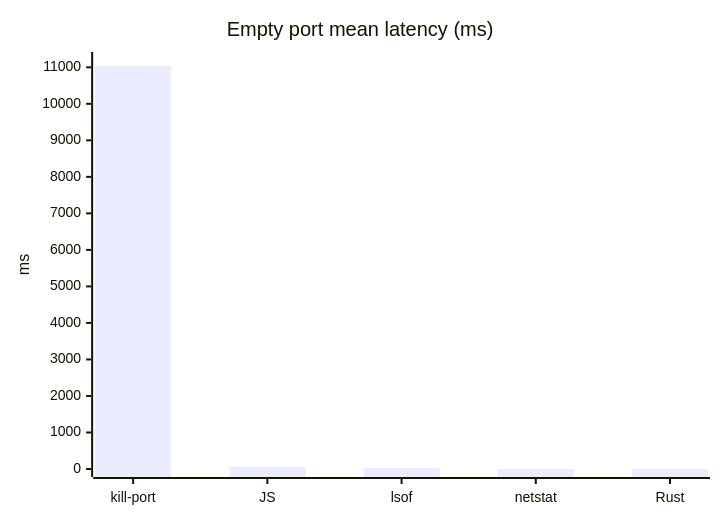
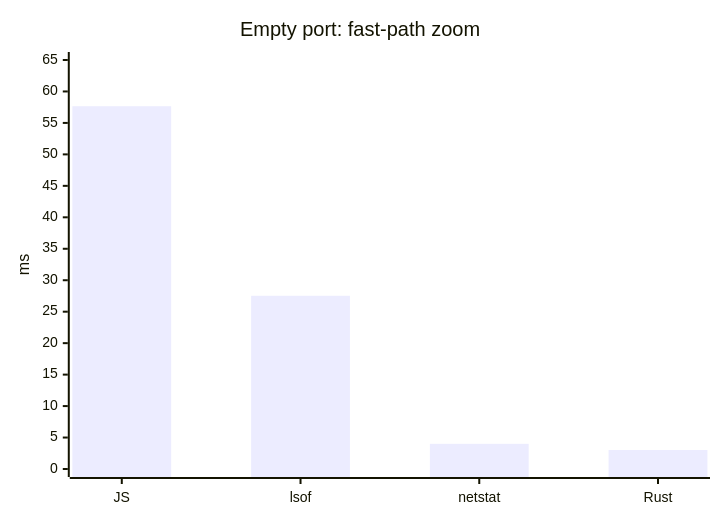
The second of 5 diagrams in README.md (ocodista/kill-port-now), drawn with Mermaid before and after one commit. The commit also changed other lines of this file, not shown here.

Commit message:
Improve benchmark chart readability

````diff
--- a/README.md
+++ b/README.md
@@ -44,7 +54,7 @@
 ```mermaid
 xychart-beta
-  title "Empty port mean latency (ms)"
-  x-axis ["kill-port", "JS", "lsof", "netstat", "Rust"]
-  y-axis "ms" 0 --> 11200
-  bar [11032.29, 57.65, 27.53, 4.00, 3.02]
+  title "Empty port: fast-path zoom"
+  x-axis ["JS", "lsof", "netstat", "Rust"]
+  y-axis "ms" 0 --> 65
+  bar [57.65, 27.53, 4.00, 3.02]
 ```
````
